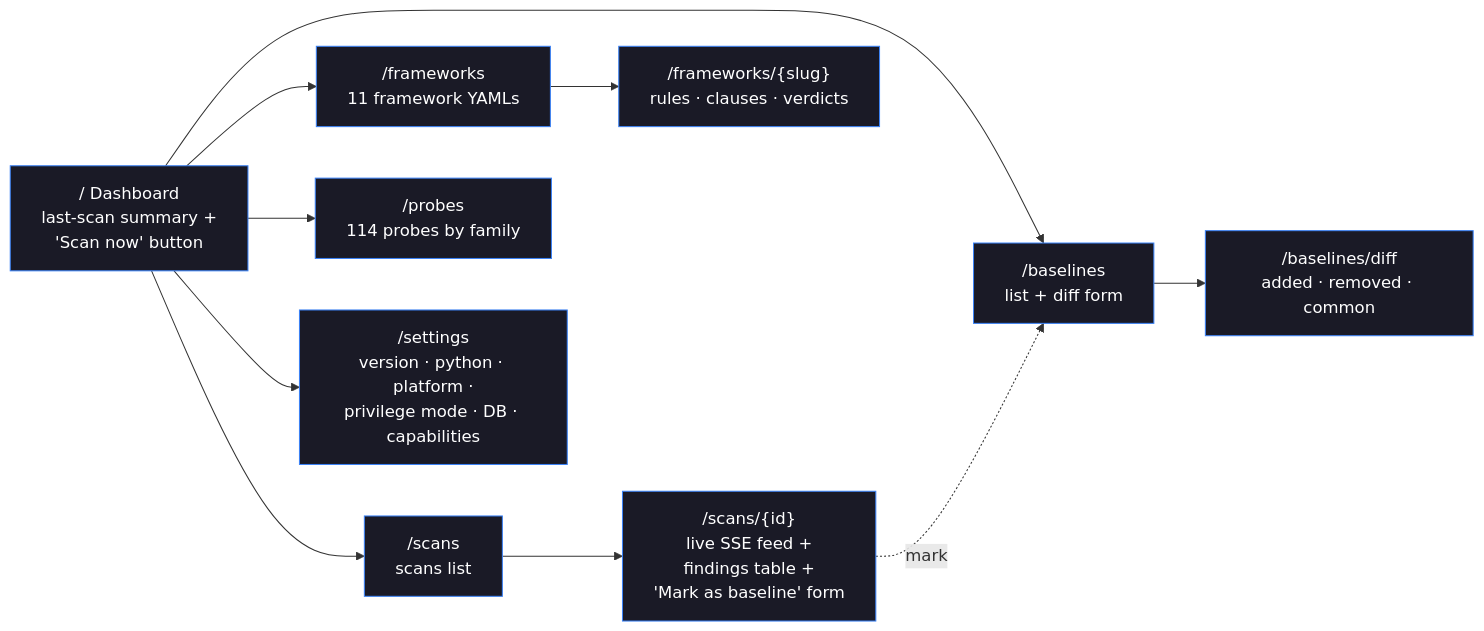
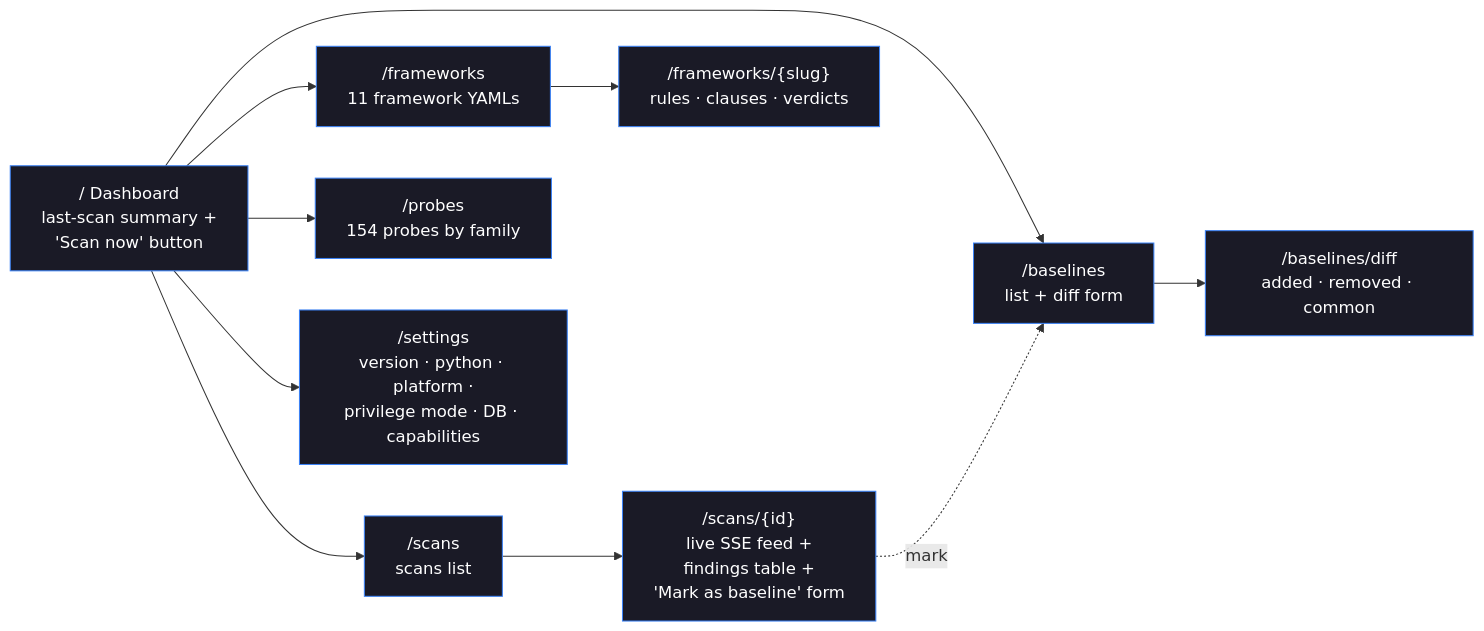
One commit to orengacademy/pqc-scanner2 changed the fourth of 8 diagrams in README.md. Above: the diagram before and after it, drawn with Mermaid. The commit also changed other lines of this file and 3 other files, not shown here.

````diff
--- a/README.md
+++ b/README.md
@@ -248,22 +248,22 @@
 ```mermaid
 flowchart LR
     HOME["/  Dashboard<br/>last-scan summary +<br/>'Scan now' button"]
     SCANS["/scans<br/>scans list"]
     DETAIL["/scans/{id}<br/>live SSE feed +<br/>findings table +<br/>'Mark as baseline' form"]
     FRAMEWORKS["/frameworks<br/>11 framework YAMLs"]
     FW_DET["/frameworks/{slug}<br/>rules · clauses · verdicts"]
-    PROBES["/probes<br/>114 probes by family"]
+    PROBES["/probes<br/>154 probes by family"]
     BASELINES["/baselines<br/>list + diff form"]
     DIFF["/baselines/diff<br/>added · removed · common"]
     SETTINGS["/settings<br/>version · python · platform ·<br/>privilege mode · DB · capabilities"]
 
     HOME --> SCANS --> DETAIL
     HOME --> FRAMEWORKS --> FW_DET
     HOME --> PROBES
     HOME --> BASELINES --> DIFF
     DETAIL -.mark.-> BASELINES
     HOME --> SETTINGS
 
     classDef page fill:#1a1a26,color:#fff,stroke:#3b82f6
     class HOME,SCANS,DETAIL,FRAMEWORKS,FW_DET,PROBES,BASELINES,DIFF,SETTINGS page
 ```
````
